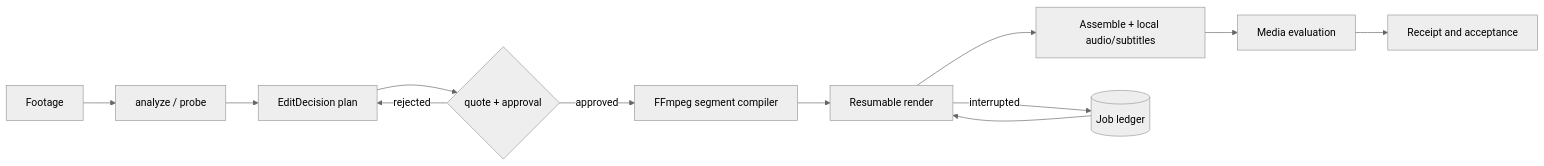
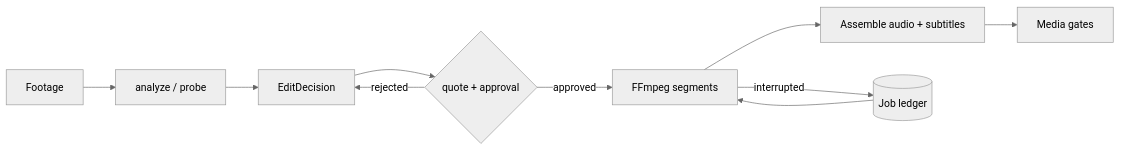
Before and after one commit to full-aigc-plugins/video-factory-plugin: the diagram in README.md, drawn with Mermaid (neutral theme). The commit also changed other lines of this file and 3 other files, not shown here.

````diff
--- a/README.md
+++ b/README.md
@@ -102,14 +146,12 @@
 ```mermaid
 flowchart LR
     A[Footage] --> B[analyze / probe]
-    B --> C[EditDecision plan]
+    B --> C[EditDecision]
     C --> D{quote + approval}
-    D -->|approved| E[FFmpeg segment compiler]
+    D -->|approved| E[FFmpeg segments]
     D -->|rejected| C
-    E --> F[Resumable render]
-    F --> G[Assemble + local audio/subtitles]
-    G --> H[Media evaluation]
-    H --> I[Receipt and acceptance]
-    F -->|interrupted| J[(Job ledger)]
-    J --> F
+    E --> F[Assemble audio + subtitles]
+    F --> G[Media gates]
+    E -->|interrupted| H[(Job ledger)]
+    H --> E
 ```
````
